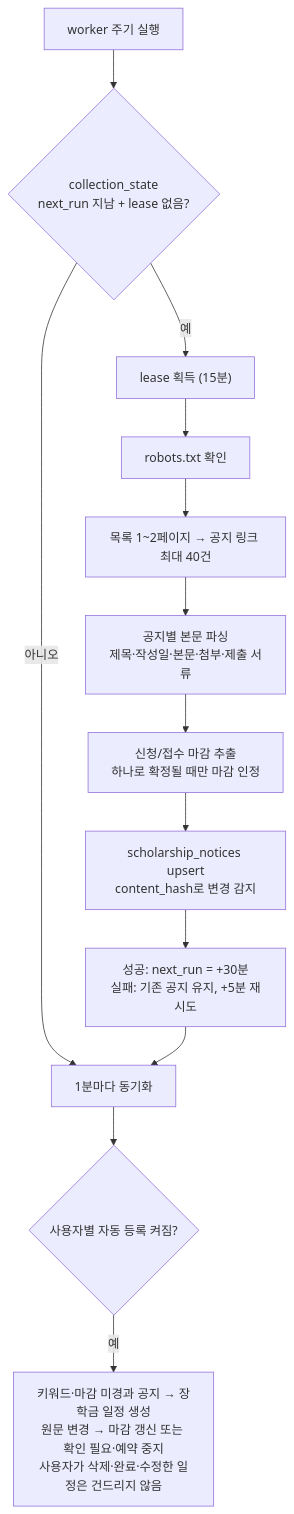
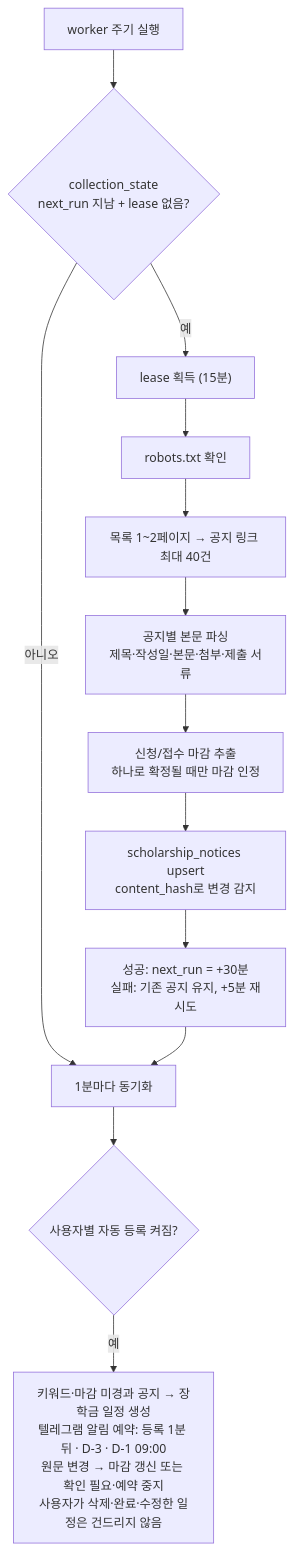
One commit to siu717/ai-builder changed the fourth of 8 diagrams in docs/ARCHITECTURE.md. Above: the diagram before and after it, drawn with Mermaid. The commit also changed other lines of this file and 1 other file, not shown here.

````diff
--- a/docs/ARCHITECTURE.md
+++ b/docs/ARCHITECTURE.md
@@ -182,15 +182,15 @@
 ```mermaid
 flowchart TD
   A["worker 주기 실행"] --> B{"collection_state<br/>next_run 지남 + lease 없음?"}
   B -- 아니오 --> S
   B -- 예 --> C["lease 획득 (15분)"]
   C --> D["robots.txt 확인"]
   D --> E["목록 1~2페이지 → 공지 링크 최대 40건"]
   E --> F["공지별 본문 파싱<br/>제목·작성일·본문·첨부·제출 서류"]
   F --> G["신청/접수 마감 추출<br/>하나로 확정될 때만 마감 인정"]
   G --> H["scholarship_notices upsert<br/>content_hash로 변경 감지"]
   H --> I["성공: next_run = +30분<br/>실패: 기존 공지 유지, +5분 재시도"]
   I --> S["1분마다 동기화"]
   S --> J{"사용자별 자동 등록 켜짐?"}
-  J -- 예 --> K["키워드·마감 미경과 공지 → 장학금 일정 생성<br/>원문 변경 → 마감 갱신 또는 확인 필요·예약 중지<br/>사용자가 삭제·완료·수정한 일정은 건드리지 않음"]
+  J -- 예 --> K["키워드·마감 미경과 공지 → 장학금 일정 생성<br/>텔레그램 알림 예약: 등록 1분 뒤 · D-3 · D-1 09:00<br/>원문 변경 → 마감 갱신 또는 확인 필요·예약 중지<br/>사용자가 삭제·완료·수정한 일정은 건드리지 않음"]
 ```
````
